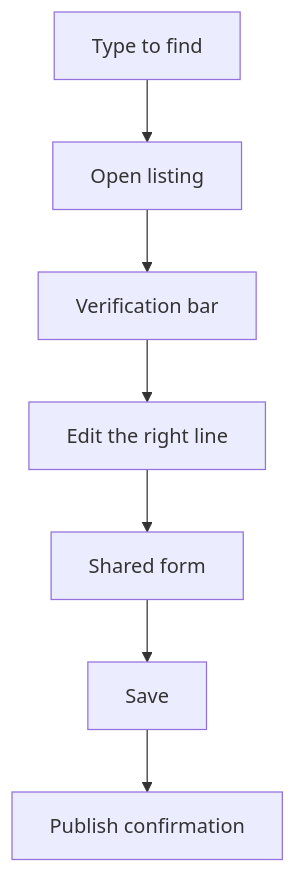
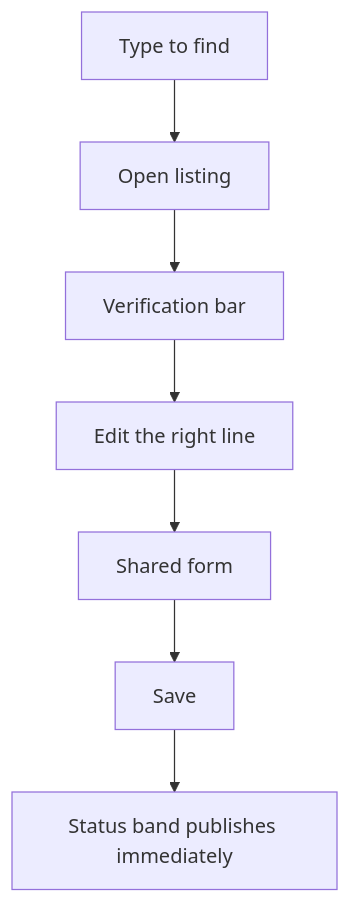
The third of 4 diagrams in docs/design/editor-interface-design.md (irab/porirua-locality-preview), drawn with Mermaid before and after one commit. The commit also changed other lines of this file and 2 other files, not shown here.

First line of the commit message:
Record the five accepted editor interface decisions and the Undo publish design.

````diff
--- a/docs/design/editor-interface-design.md
+++ b/docs/design/editor-interface-design.md
@@ -438,9 +430,9 @@
 ```mermaid
 flowchart TD
   search[Type to find] --> open[Open listing]
   open --> verify[Verification bar]
   verify --> edit[Edit the right line]
   edit --> form[Shared form]
   form --> save[Save]
-  save --> pub[Publish confirmation]
+  save --> pub[Status band publishes immediately]
 ```
````
